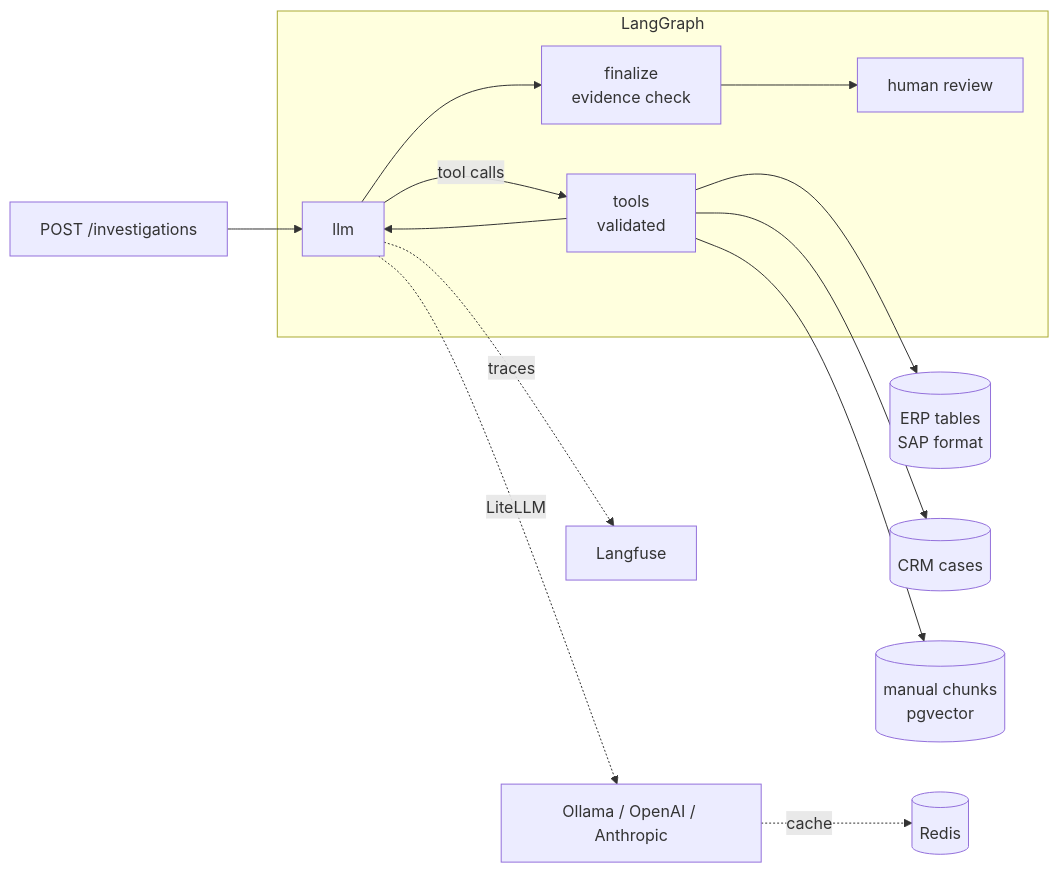
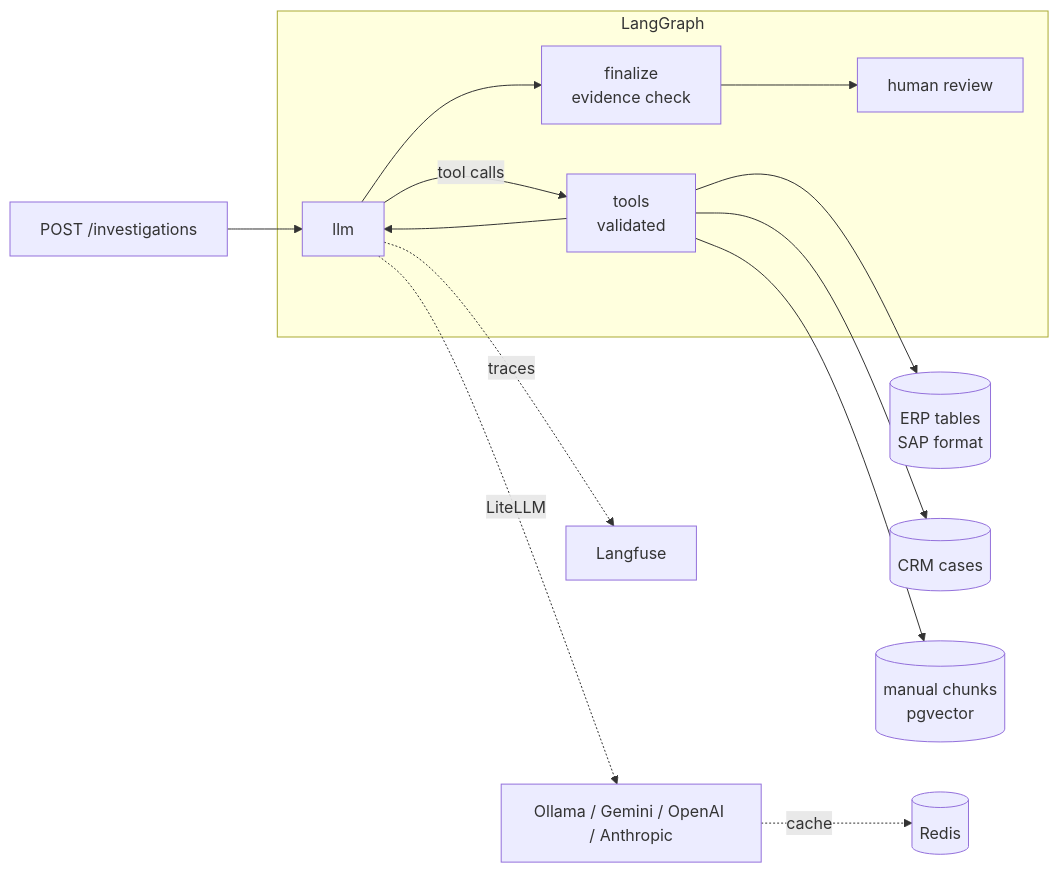
One commit to Oseiasdfarias/rastro-agent changed the diagram in README.md. Above: the diagram before and after it, drawn with Mermaid. The commit also changed other lines of this file and 2 other files, not shown here.

Commit message:
docs: README e arquitetura atualizados (Gemini, eval-manuals, trilha dos dados, duas estratégias, busca no manual)

````diff
--- a/README.md
+++ b/README.md
@@ -73,16 +73,16 @@
 ```mermaid
 flowchart LR
     U[POST /investigations] --> A
     subgraph agent [LangGraph]
         A[llm] -- tool calls --> T[tools<br/>validated]
         T --> A
         A --> F[finalize<br/>evidence check]
         F --> R[human review]
     end
     T --> ERP[(ERP tables<br/>SAP format)]
     T --> CRM[(CRM cases)]
     T --> M[(manual chunks<br/>pgvector)]
-    A -. LiteLLM .-> L[Ollama / OpenAI / Anthropic]
+    A -. LiteLLM .-> L[Ollama / Gemini / OpenAI / Anthropic]
     A -. traces .-> LF[Langfuse]
     L -. cache .-> RD[(Redis)]
 ```
````
